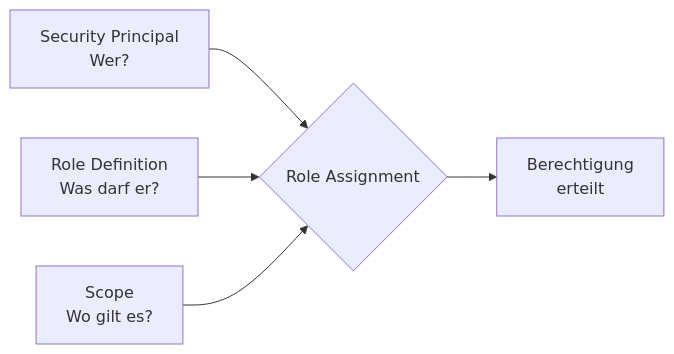
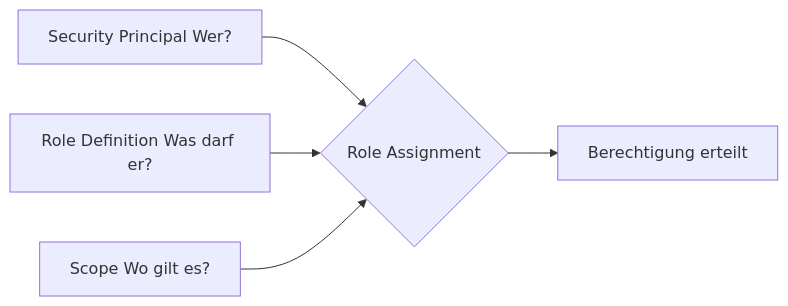
One commit to SoniiiT/notes-n-docs changed the second of 3 diagrams in Microsoft 365/Azure/Grundlagen/Azure RBAC.md. Above: the diagram before and after it, drawn with Mermaid. The commit also changed other lines of this file and 124 other files, not shown here.

First line of the commit message:
fix: Entferne \n aus allen Mermaid-Diagrammen (125 Dateien)

````diff
--- a/Microsoft 365/Azure/Grundlagen/Azure RBAC.md
+++ b/Microsoft 365/Azure/Grundlagen/Azure RBAC.md
@@ -69,7 +69,7 @@
 ```mermaid
 graph LR
-    SP[Security Principal\nWer?] --> RA{Role Assignment}
-    RD[Role Definition\nWas darf er?] --> RA
-    SC[Scope\nWo gilt es?] --> RA
-    RA --> EFFECT[Berechtigung\nerteilt]
+    SP[Security Principal Wer?] --> RA{Role Assignment}
+    RD[Role Definition Was darf er?] --> RA
+    SC[Scope Wo gilt es?] --> RA
+    RA --> EFFECT[Berechtigung erteilt]
 ```
````
